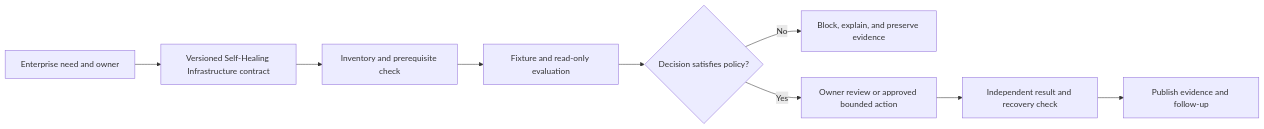
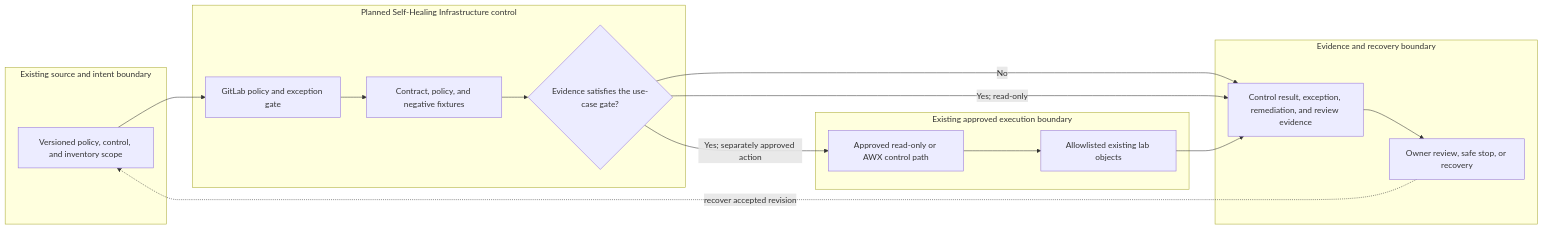
The diagram in docs/use-cases/governance/UC-GOV-015-self-healing-infrastructure.md (MIDHTECH/enterprise-architecture-docs), drawn with Mermaid before and after one commit. The commit also changed other lines of this file and 227 other files, not shown here.

Commit message:
Deepen architecture for all use case designs

````diff
--- a/docs/use-cases/governance/UC-GOV-015-self-healing-infrastructure.md
+++ b/docs/use-cases/governance/UC-GOV-015-self-healing-infrastructure.md
@@ -136,11 +129,25 @@
 ```mermaid
 flowchart LR
-    Need["Enterprise need and owner"] --> Contract["Versioned Self-Healing Infrastructure contract"]
-    Contract --> Preflight["Inventory and prerequisite check"]
-    Preflight --> Evaluate["Fixture and read-only evaluation"]
-    Evaluate --> Decision{"Decision satisfies policy?"}
-    Decision -->|No| Stop["Block, explain, and preserve evidence"]
-    Decision -->|Yes| Review["Owner review or approved bounded action"]
-    Review --> Verify["Independent result and recovery check"]
-    Verify --> Publish["Publish evidence and follow-up"]
+    subgraph Source["Existing source and intent boundary"]
+        A["Versioned policy, control, and inventory scope"]
+    end
+    subgraph Planned["Planned Self-Healing Infrastructure control"]
+        B["GitLab policy and exception gate"]
+        C["Contract, policy, and negative fixtures"]
+        D{"Evidence satisfies the use-case gate?"}
+    end
+    subgraph Runtime["Existing approved execution boundary"]
+        E["Approved read-only or AWX control path"]
+        F["Allowlisted existing lab objects"]
+    end
+    subgraph Assurance["Evidence and recovery boundary"]
+        G["Control result, exception, remediation, and review evidence"]
+        H["Owner review, safe stop, or recovery"]
+    end
+
+    A --> B --> C --> D
+    D -->|No| G --> H
+    D -->|Yes; read-only| G
+    D -->|Yes; separately approved action| E --> F --> G
+    H -. recover accepted revision .-> A
 ```
````
